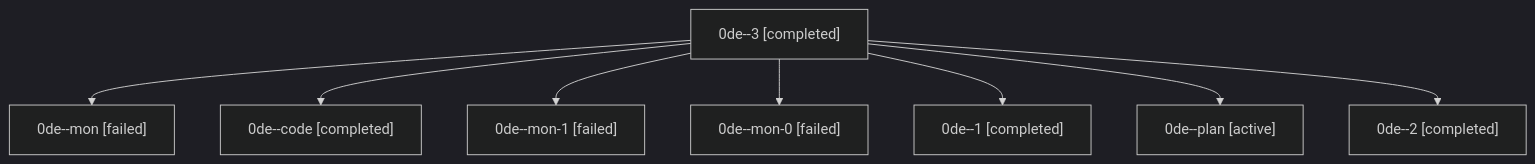
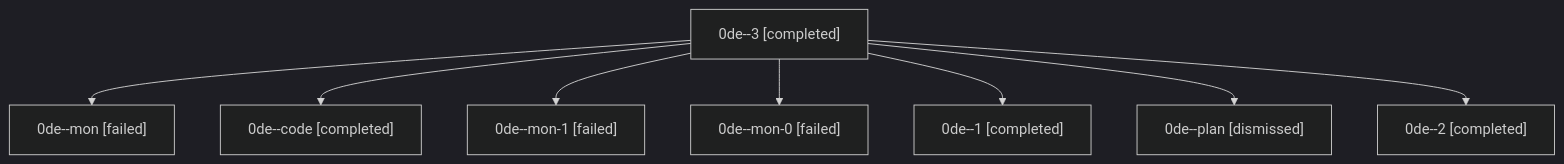
Before and after one commit to sase-org/sase--agents: the diagram in sessions/bbugyi200.athena.0de.md, drawn with Mermaid (dark theme). The commit also changed other lines of this file and 27 other files, not shown here.

````diff
--- a/sessions/bbugyi200.athena.0de.md
+++ b/sessions/bbugyi200.athena.0de.md
@@ -9,18 +9,18 @@
 ```mermaid
 flowchart TD
   n0["0de--3 [completed]"]
   n1["0de--mon [failed]"]
   n0 --> n1
   n2["0de--code [completed]"]
   n0 --> n2
   n3["0de--mon-1 [failed]"]
   n0 --> n3
   n4["0de--mon-0 [failed]"]
   n0 --> n4
   n5["0de--1 [completed]"]
   n0 --> n5
-  n6["0de--plan [active]"]
+  n6["0de--plan [dismissed]"]
   n0 --> n6
   n7["0de--2 [completed]"]
   n0 --> n7
 ```
````
